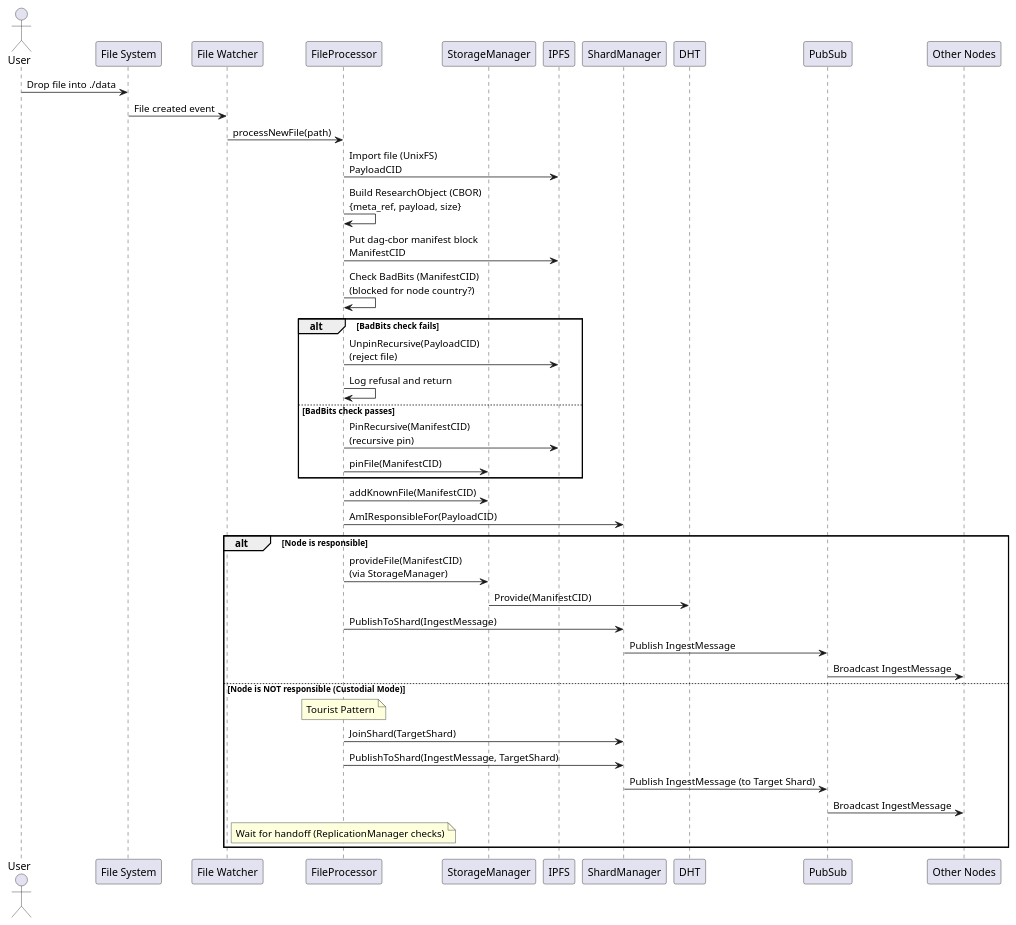
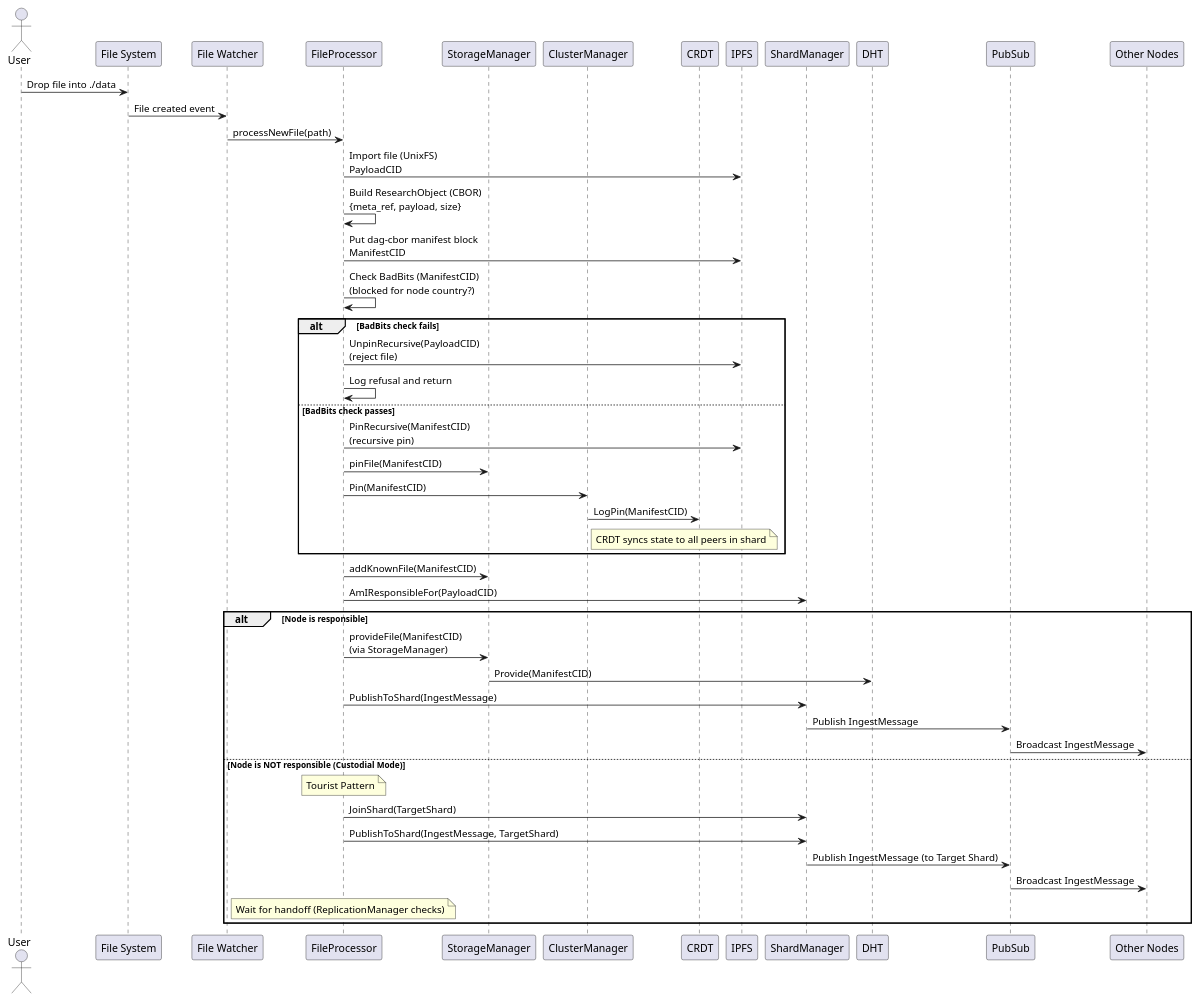
The diagram in docs/file_ingestion_sequence.puml (gipplab/D-LOCKSS), drawn with PlantUML before and after one commit. The commit also changed 23 other files, not shown here.

Commit message:
added ipfs cluster as replication manager

```diff
--- a/docs/file_ingestion_sequence.puml
+++ b/docs/file_ingestion_sequence.puml
@@ -1,49 +1,55 @@
 @startuml File Ingestion Sequence
 
 actor User
 participant "File System" as FS
 participant "File Watcher" as Watcher
 participant "FileProcessor" as FileOps
 participant "StorageManager" as Storage
+participant "ClusterManager" as ClusterMgr
+participant "CRDT" as CRDT
 participant "IPFS" as IPFS
 participant "ShardManager" as ShardMgr
 participant "DHT" as DHT
 participant "PubSub" as PubSub
 participant "Other Nodes" as Nodes
 
 User -> FS: Drop file into ./data
 FS -> Watcher: File created event
 Watcher -> FileOps: processNewFile(path)
 
 FileOps -> IPFS: Import file (UnixFS)\nPayloadCID
 FileOps -> FileOps: Build ResearchObject (CBOR)\n{meta_ref, payload, size}
 FileOps -> IPFS: Put dag-cbor manifest block\nManifestCID
 FileOps -> FileOps: Check BadBits (ManifestCID)\n(blocked for node country?)
 alt BadBits check fails
     FileOps -> IPFS: UnpinRecursive(PayloadCID)\n(reject file)
     FileOps -> FileOps: Log refusal and return
 else BadBits check passes
     FileOps -> IPFS: PinRecursive(ManifestCID)\n(recursive pin)
     FileOps -> Storage: pinFile(ManifestCID)
+    
+    FileOps -> ClusterMgr: Pin(ManifestCID)
+    ClusterMgr -> CRDT: LogPin(ManifestCID)
+    Note right of ClusterMgr: CRDT syncs state to all peers in shard
 end
 
 FileOps -> Storage: addKnownFile(ManifestCID)
 
 FileOps -> ShardMgr: AmIResponsibleFor(PayloadCID)
 
 alt Node is responsible
     FileOps -> Storage: provideFile(ManifestCID)\n(via StorageManager)
     Storage -> DHT: Provide(ManifestCID)
     FileOps -> ShardMgr: PublishToShard(IngestMessage)
     ShardMgr -> PubSub: Publish IngestMessage
     PubSub -> Nodes: Broadcast IngestMessage
 else Node is NOT responsible (Custodial Mode)
     Note over FileOps: Tourist Pattern
     FileOps -> ShardMgr: JoinShard(TargetShard)
     FileOps -> ShardMgr: PublishToShard(IngestMessage, TargetShard)
     ShardMgr -> PubSub: Publish IngestMessage (to Target Shard)
     PubSub -> Nodes: Broadcast IngestMessage
     Note over FileOps: Wait for handoff (ReplicationManager checks)
 end
 
 @enduml
```
